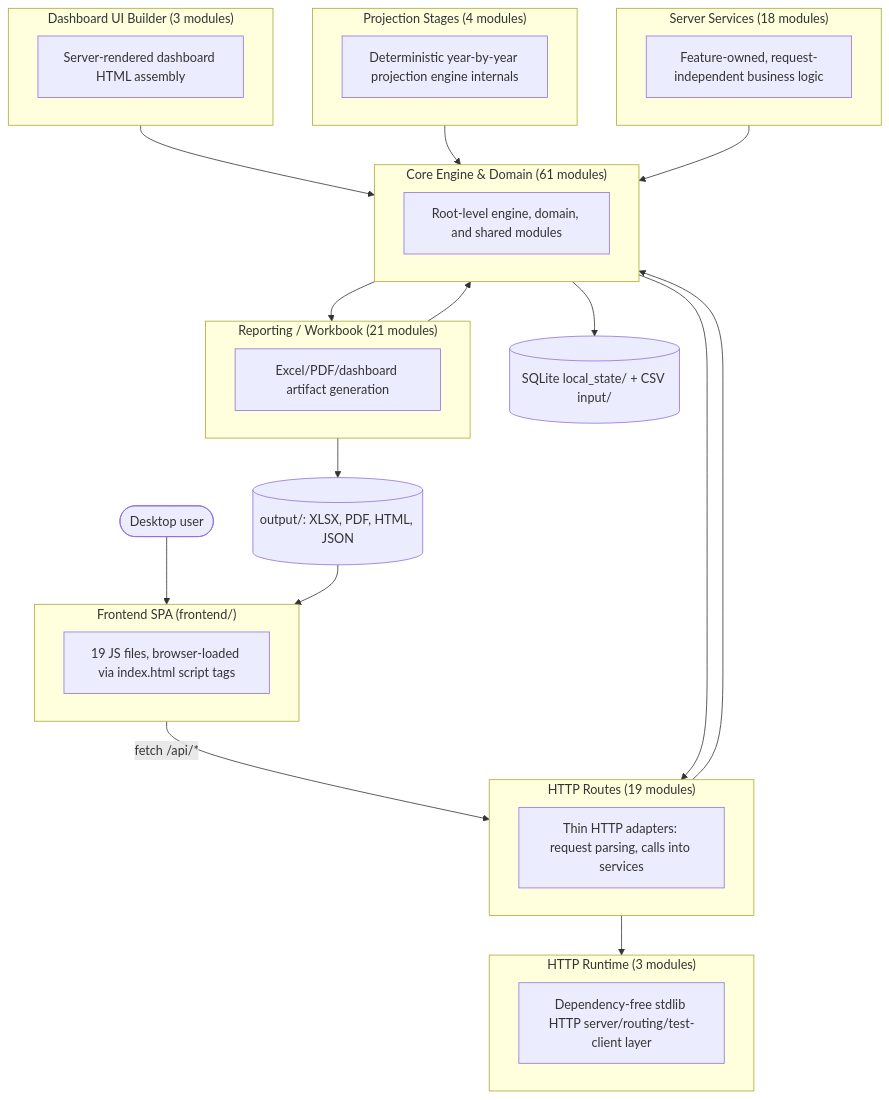
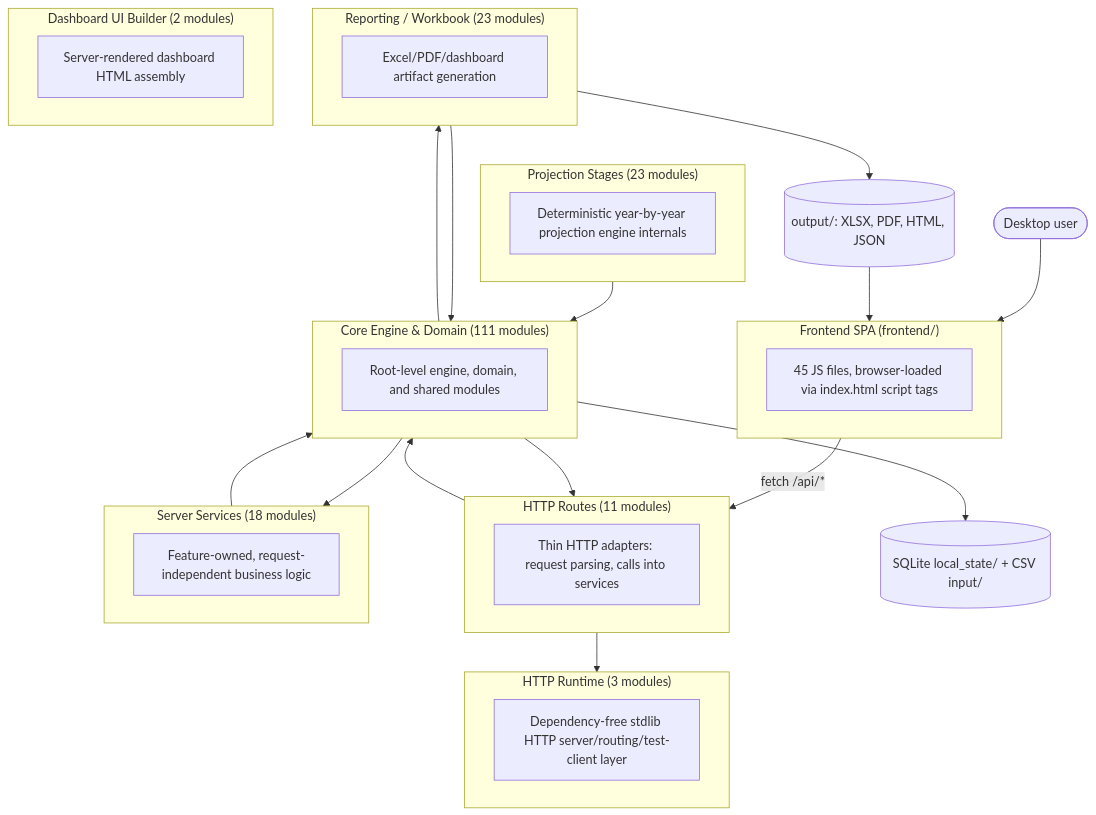
Before and after one commit to matthartzman/retirement_system: the first of 2 diagrams in documentation/reference/SYSTEM_ARCHITECTURE_DIAGRAM.md, drawn with Mermaid. The commit also changed other lines of this file and 95 other files, not shown here.

````diff
--- a/documentation/reference/SYSTEM_ARCHITECTURE_DIAGRAM.md
+++ b/documentation/reference/SYSTEM_ARCHITECTURE_DIAGRAM.md
@@ -11,40 +11,40 @@
 ```mermaid
 flowchart TB
     User(["Desktop user"]) --> FE
     subgraph FE["Frontend SPA (frontend/)"]
-        FEcount["19 JS files, browser-loaded via index.html script tags"]
+        FEcount["45 JS files, browser-loaded via index.html script tags"]
     end
     FE -->|fetch /api/*| L_HTTP_Routes
-    subgraph L_HTTP_Routes["HTTP Routes (19 modules)"]
+    subgraph L_HTTP_Routes["HTTP Routes (11 modules)"]
         L_HTTP_Routes_d["Thin HTTP adapters: request parsing, calls into services"]
     end
     subgraph L_Server_Services["Server Services (18 modules)"]
         L_Server_Services_d["Feature-owned, request-independent business logic"]
     end
     subgraph L_HTTP_Runtime["HTTP Runtime (3 modules)"]
         L_HTTP_Runtime_d["Dependency-free stdlib HTTP server/routing/test-client layer"]
     end
-    subgraph L_Core_Engine___Domain["Core Engine & Domain (61 modules)"]
+    subgraph L_Core_Engine___Domain["Core Engine & Domain (111 modules)"]
         L_Core_Engine___Domain_d["Root-level engine, domain, and shared modules"]
     end
-    subgraph L_Projection_Stages["Projection Stages (4 modules)"]
+    subgraph L_Projection_Stages["Projection Stages (23 modules)"]
         L_Projection_Stages_d["Deterministic year-by-year projection engine internals"]
     end
-    subgraph L_Reporting___Workbook["Reporting / Workbook (21 modules)"]
+    subgraph L_Reporting___Workbook["Reporting / Workbook (23 modules)"]
         L_Reporting___Workbook_d["Excel/PDF/dashboard artifact generation"]
     end
-    subgraph L_Dashboard_UI_Builder["Dashboard UI Builder (3 modules)"]
+    subgraph L_Dashboard_UI_Builder["Dashboard UI Builder (2 modules)"]
         L_Dashboard_UI_Builder_d["Server-rendered dashboard HTML assembly"]
     end
     L_Core_Engine___Domain --> L_HTTP_Routes
     L_Core_Engine___Domain --> L_Reporting___Workbook
-    L_Dashboard_UI_Builder --> L_Core_Engine___Domain
+    L_Core_Engine___Domain --> L_Server_Services
     L_HTTP_Routes --> L_Core_Engine___Domain
     L_HTTP_Routes --> L_HTTP_Runtime
     L_Projection_Stages --> L_Core_Engine___Domain
     L_Reporting___Workbook --> L_Core_Engine___Domain
     L_Server_Services --> L_Core_Engine___Domain
     L_Core_Engine___Domain --> DB[("SQLite local_state/ + CSV input/")]
     L_Reporting___Workbook --> Outputs[("output/: XLSX, PDF, HTML, JSON")]
     Outputs --> FE
 ```
````
